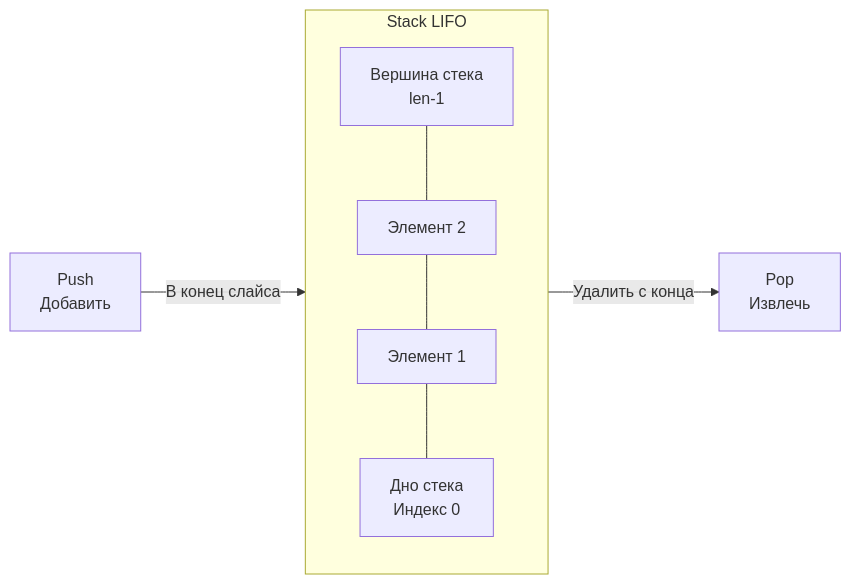
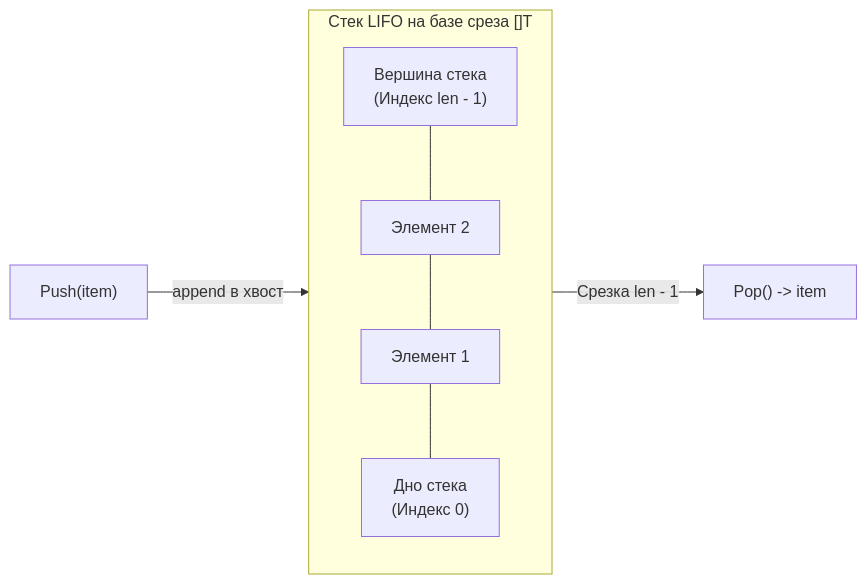
The second of 3 diagrams in sources/20. Алгоритмы и структуры данных (DSA) на Go/02. Базовые структуры данных/4. Стек.md (UnrealTemplier/go-textbook), drawn with Mermaid before and after one commit. The commit also changed other lines of this file, not shown here.

Commit message:
feat(module-20): editorial rewrite of 02.4 Stack in Kernighan style

````diff
--- a/sources/20. Алгоритмы и структуры данных (DSA) на Go/02. Базовые структуры данных/4. Стек.md
+++ b/sources/20. Алгоритмы и структуры данных (DSA) на Go/02. Базовые структуры данных/4. Стек.md
@@ -30,12 +49,12 @@
 ```mermaid
 flowchart LR
-    subgraph Stack LIFO
-    direction BT
-    Bottom["Дно стека <br> Индекс 0"] --- E1["Элемент 1"]
-    E1 --- E2["Элемент 2"]
-    E2 --- Top["Вершина стека <br> len-1"]
+    subgraph SliceStack["Стек LIFO на базе среза []T"]
+        direction BT
+        Bottom["Дно стека<br/>(Индекс 0)"] --- E1["Элемент 1"]
+        E1 --- E2["Элемент 2"]
+        E2 --- Top["Вершина стека<br/>(Индекс len - 1)"]
     end
     
-    Push["Push <br> Добавить"] -->|В конец слайса| Top
-    Top -->|Удалить с конца| Pop["Pop <br> Извлечь"]
+    Push["Push(item)"] -->|"append в хвост"| Top
+    Top -->|"Срезка len - 1"| Pop["Pop() -> item"]
 ```
````
